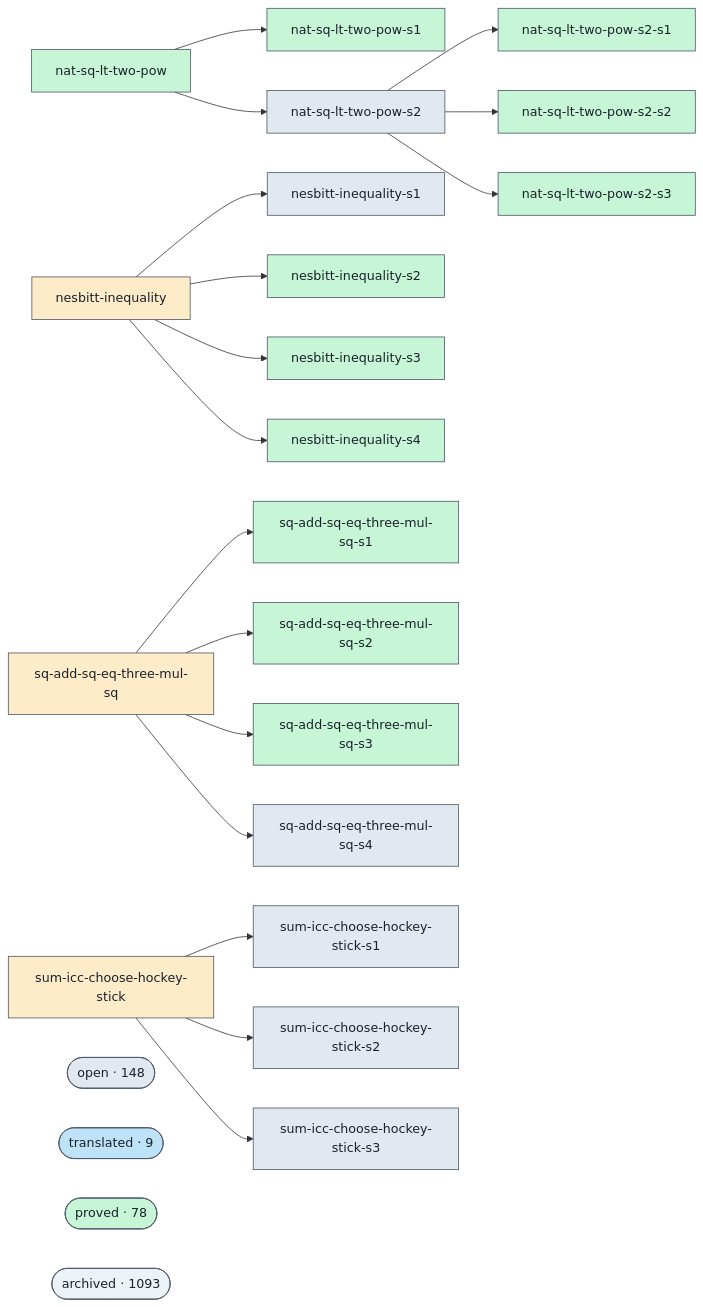
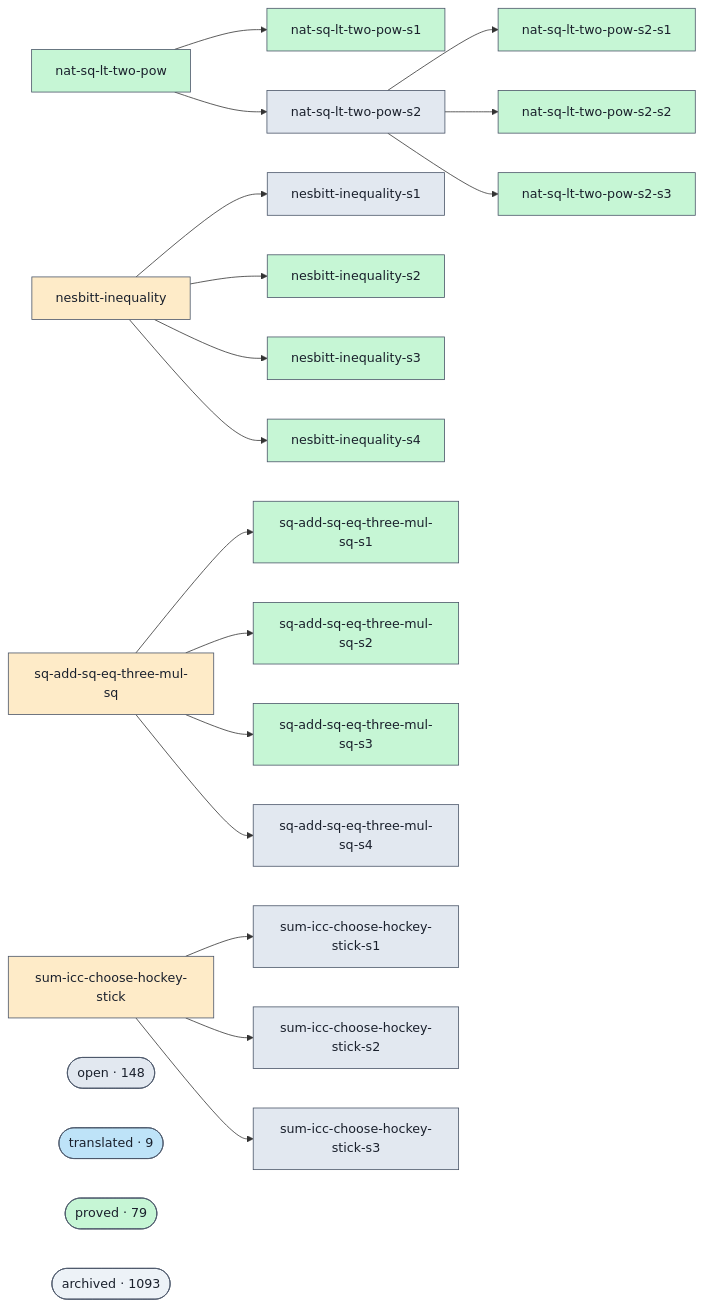
The diagram in docs/proofs-contributors-visualisation.md (Rauxon/unsorry), drawn with Mermaid before and after one commit. The commit also changed other lines of this file and 2 other files, not shown here.

```diff
--- a/docs/proofs-contributors-visualisation.md
+++ b/docs/proofs-contributors-visualisation.md
@@ -102,7 +102,7 @@
   class cluster_open open;
   cluster_translated(["translated · 9"])
   class cluster_translated translated;
-  cluster_proved(["proved · 78"])
+  cluster_proved(["proved · 79"])
   class cluster_proved proved;
   cluster_archived(["archived · 1093"])
   class cluster_archived unknown;
```
